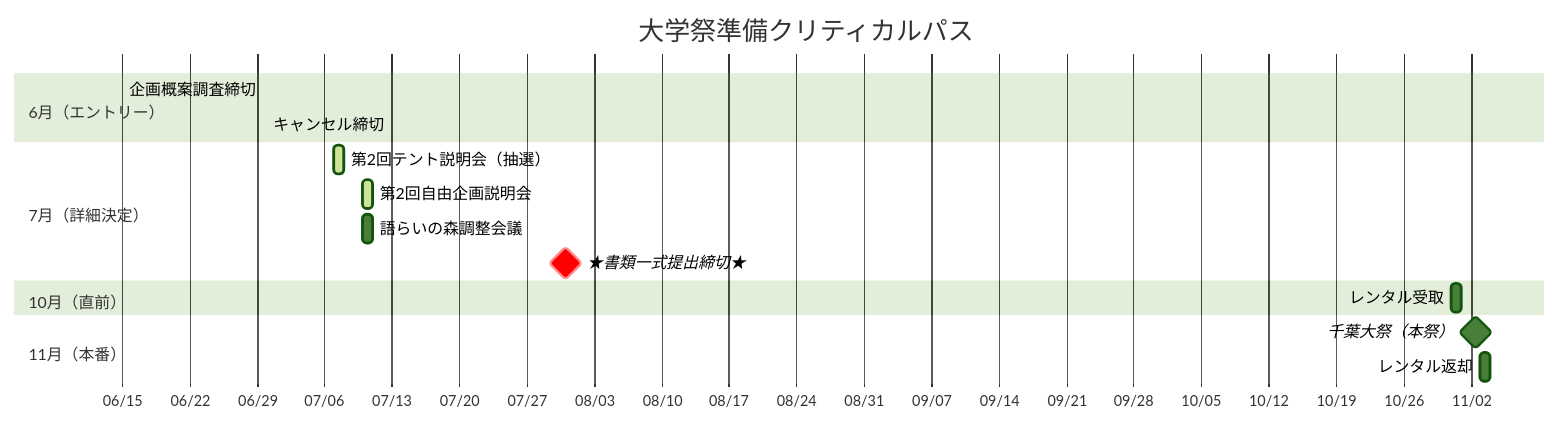
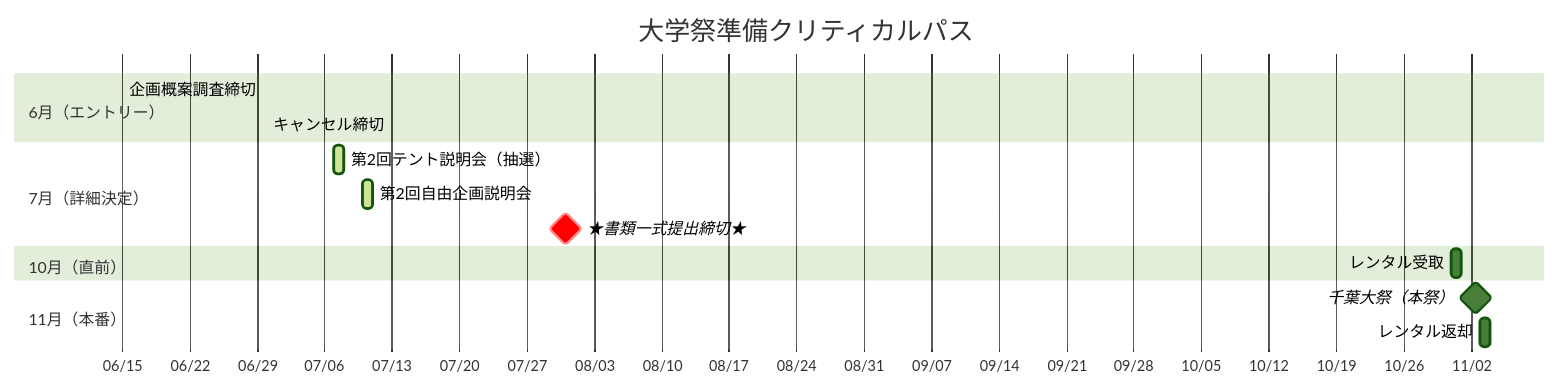
Before and after one commit to take-bikes/docs: the diagram in management/schedule.mdx, drawn with Mermaid (forest theme). The commit also changed other lines of this file and 4 other files, not shown here.

````diff
--- a/management/schedule.mdx
+++ b/management/schedule.mdx
@@ -21,23 +21,22 @@
 ```mermaid
 gantt
     title 大学祭準備クリティカルパス
     dateFormat  MM-DD
     axisFormat  %m/%d
 
     section 6月（エントリー）
     企画概案調査締切    :crit, 06-15, 0d
     キャンセル締切      :crit, 06-30, 0d
     
     section 7月（詳細決定）
     第2回テント説明会（抽選） :active, 07-07, 1d
     第2回自由企画説明会      :active, 07-10, 1d
-    語らいの森調整会議      :07-10, 1d
     ★書類一式提出締切★    :crit, milestone, 07-31, 0d
     
     section 10月（直前）
     レンタル受取        :10-31, 1d
     
     section 11月（本番）
     千葉大祭（本祭）    :milestone, 11-01, 3d
     レンタル返却        :11-03, 1d
 ```
````
